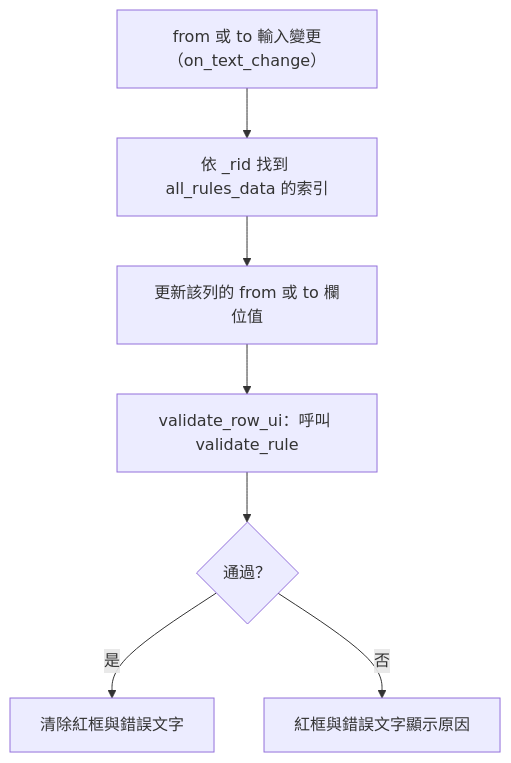
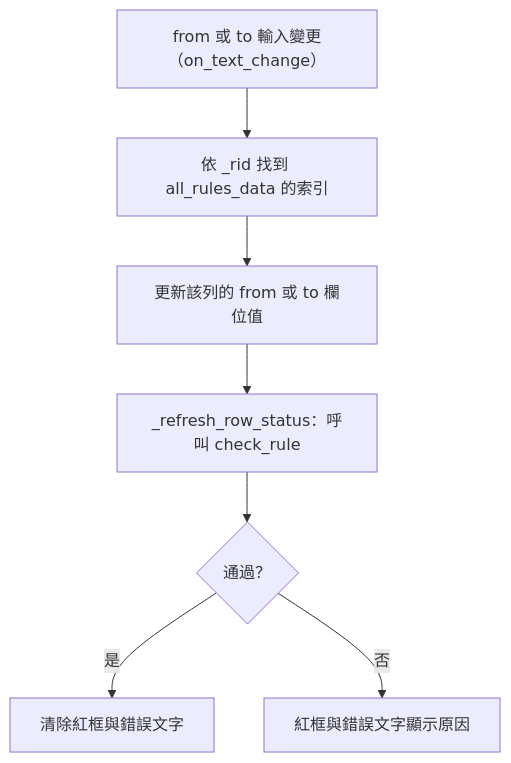
The fourth of 5 diagrams in docs/page_flows/rules.md (jlin53882/Minecraft-translate), drawn with Mermaid before and after one commit. The commit also changed other lines of this file and 251 other files, not shown here.

First line of the commit message:
perf: 85 萬筆 Mod 資料庫與 2000 模組的效能修正、圖示準確度、替換規則清理、預覽與執行 KPI 一致化 (#217)

````diff
--- a/docs/page_flows/rules.md
+++ b/docs/page_flows/rules.md
@@ -70,9 +72,9 @@
 ```mermaid
 flowchart TD
     A["from 或 to 輸入變更（on_text_change）"] --> B["依 _rid 找到 all_rules_data 的索引"]
     B --> C["更新該列的 from 或 to 欄位值"]
-    C --> D["validate_row_ui：呼叫 validate_rule"]
+    C --> D["_refresh_row_status：呼叫 check_rule"]
     D --> E{"通過？"}
     E -- 是 --> F["清除紅框與錯誤文字"]
     E -- 否 --> G["紅框與錯誤文字顯示原因"]
 ```
````
